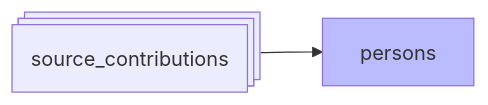
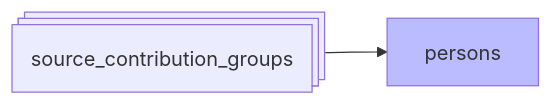
Before and after one commit to Y33sha/bibliometrie-uca: the diagram in docs/pipeline/08-persons.md, drawn with Mermaid. The commit also changed other lines of this file and 67 other files, not shown here.

First line of the commit message:
feat(persons): gel de source_contributions.person_id, retrait de l'ancienne cascade

````diff
--- a/docs/pipeline/08-persons.md
+++ b/docs/pipeline/08-persons.md
@@ -5,6 +5,6 @@
 ```mermaid
 flowchart LR
-    A@{ shape: procs, label: "source_contributions"}-->B[persons]
+    A@{ shape: procs, label: "source_contribution_groups"}-->B[persons]
     classDef new  fill:#bbf
     class B new;
 ```
````
